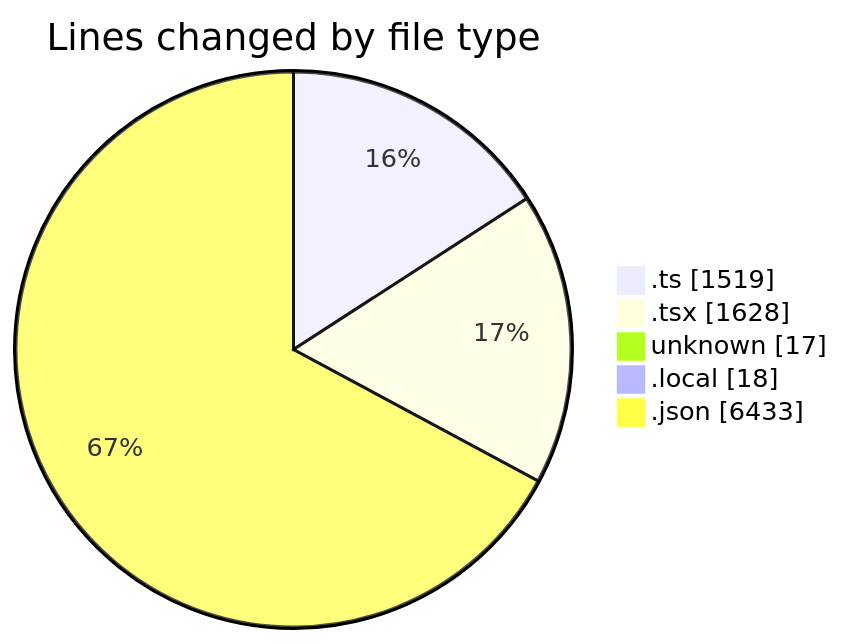
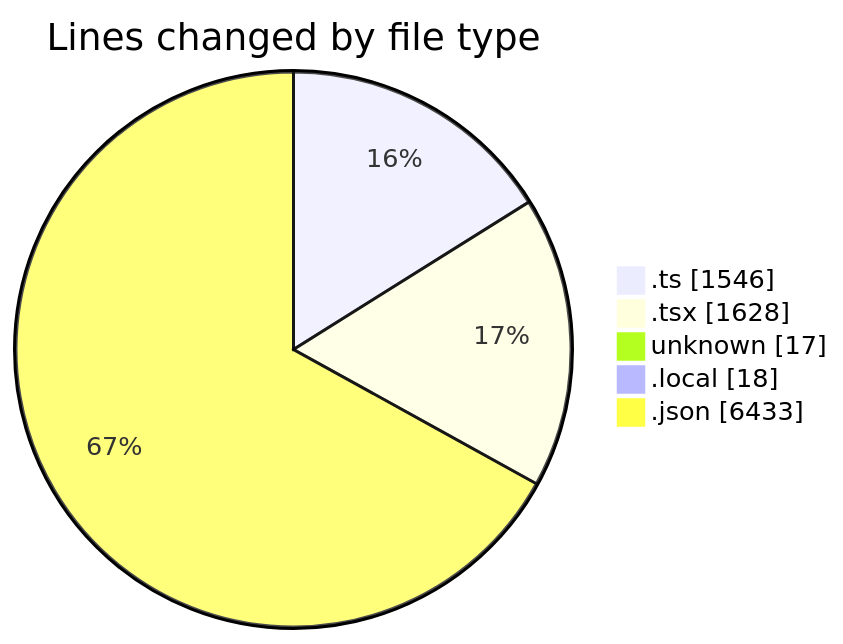
One commit to CELIANVF/code-tracking changed the first of 2 diagrams in 2025-05-16/ecodeli-1/README.md. Above: the diagram before and after it, drawn with Mermaid. The commit also changed other lines of this file and 1 other file, not shown here.

````diff
--- a/2025-05-16/ecodeli-1/README.md
+++ b/2025-05-16/ecodeli-1/README.md
@@ -39,9 +39,9 @@
 ```mermaid
 pie showData
 title Lines changed by file type
-".ts" : 1519
+".ts" : 1546
 ".tsx" : 1628
 "unknown" : 17
 ".local" : 18
 ".json" : 6433
 ```
````
